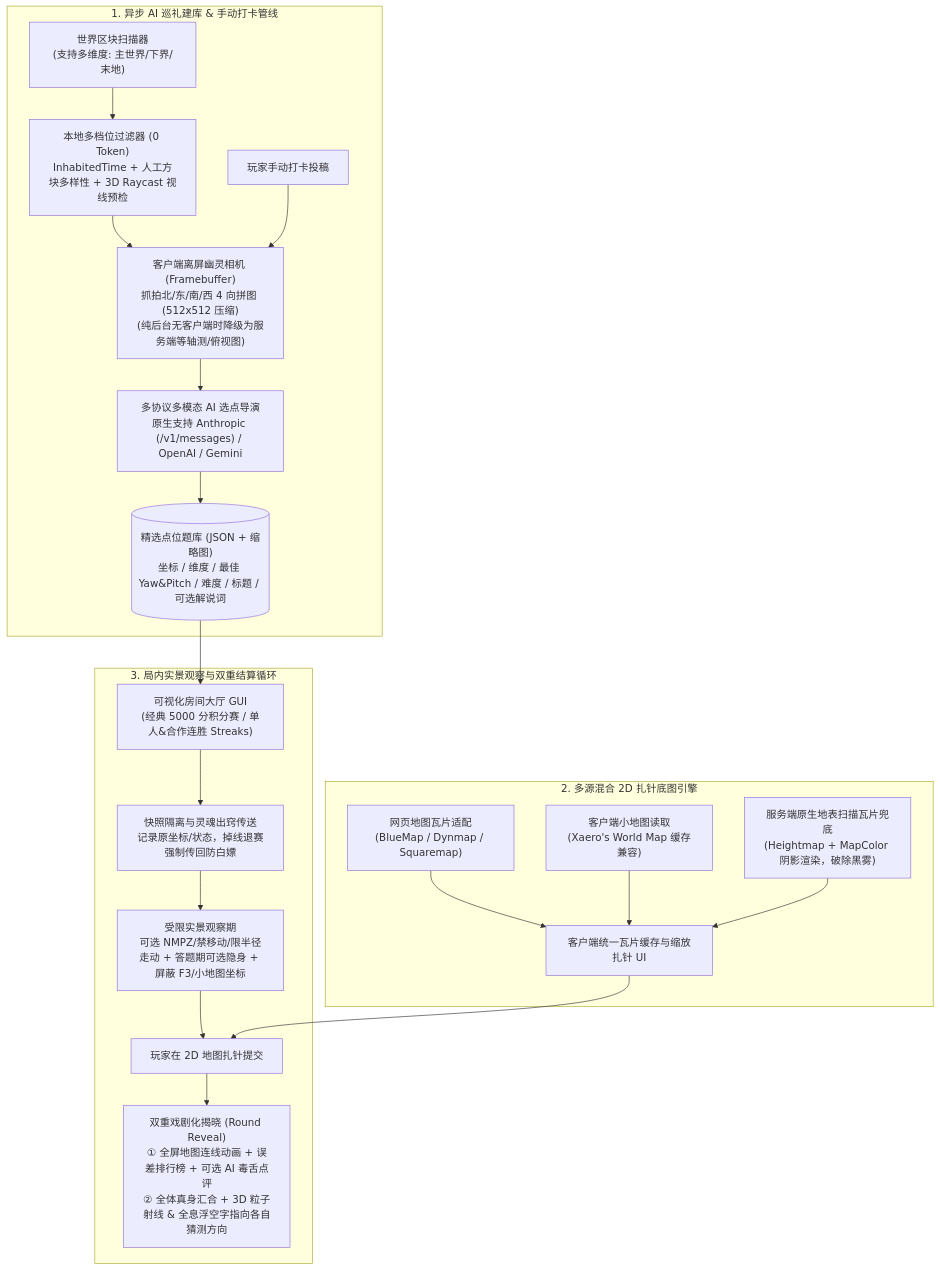
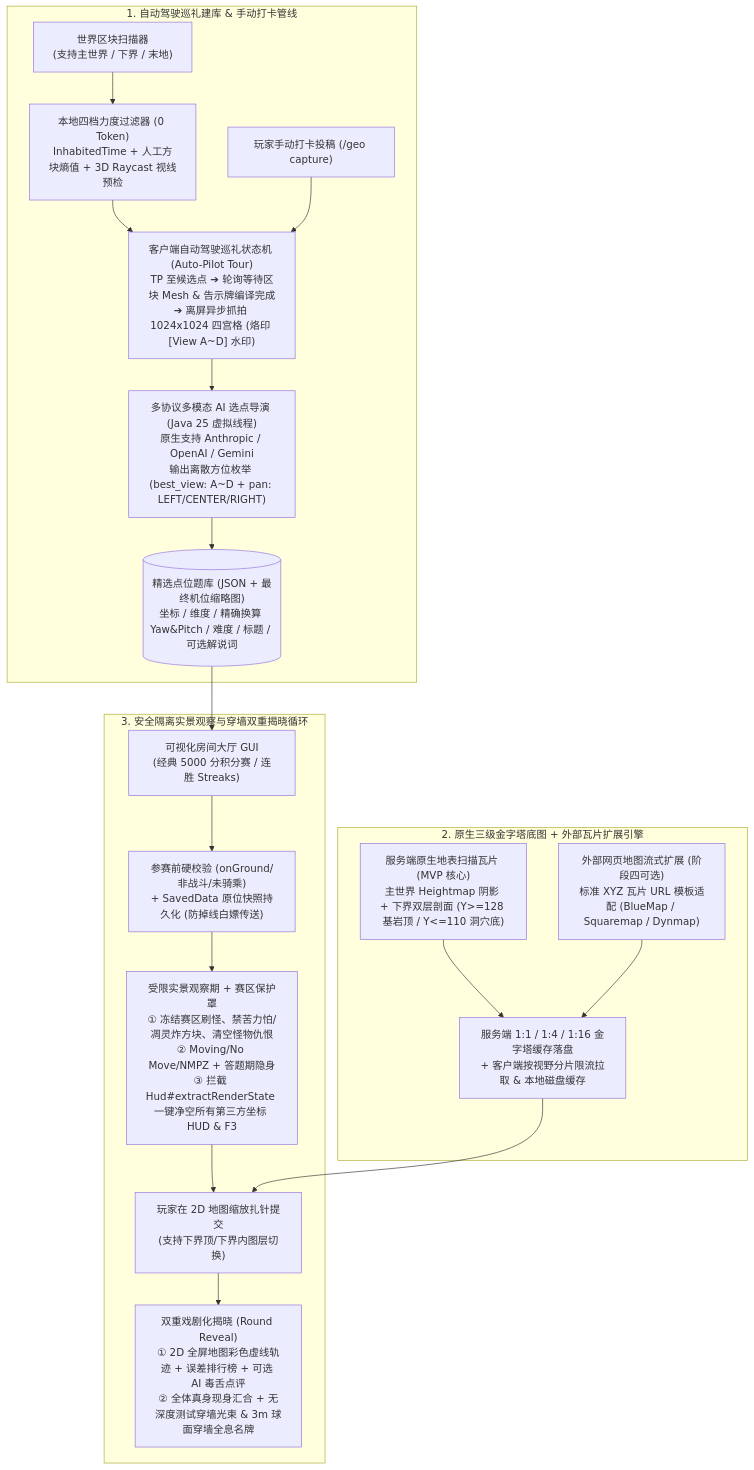
One commit to turboegg1145/craftguessr changed the diagram in PLAN.md. Above: the diagram before and after it, drawn with Mermaid. The commit also changed other lines of this file and 1 other file, not shown here.

Commit message:
docs: PLAN.md and MC_26_3_API_GUIDE.md v2.0 (pyramid tiles, autopilot capture, discrete AI schema)

````diff
--- a/PLAN.md
+++ b/PLAN.md
@@ -10,26 +11,25 @@
 ```mermaid
 flowchart TD
-    subgraph 题库生成管线 ["1. 异步 AI 巡礼建库 & 手动打卡管线"]
-        A["世界区块扫描器<br/>(支持多维度: 主世界/下界/末地)"] --> B["本地多档位过滤器 (0 Token)<br/>InhabitedTime + 人工方块多样性 + 3D Raycast 视线预检"]
-        B --> C["客户端离屏幽灵相机 (Framebuffer)<br/>抓拍北/东/南/西 4 向拼图 (512x512 压缩)<br/>(纯后台无客户端时降级为服务端等轴测/俯视图)"]
-        C --> D["多协议多模态 AI 选点导演<br/>原生支持 Anthropic (/v1/messages) / OpenAI / Gemini"]
-        D --> E[("精选点位题库 (JSON + 缩略图)<br/>坐标 / 维度 / 最佳 Yaw&Pitch / 难度 / 标题 / 可选解说词")]
-        M["玩家手动打卡投稿"] --> C
+    subgraph 题库生成管线 ["1. 自动驾驶巡礼建库 & 手动打卡管线"]
+        A["世界区块扫描器<br/>(支持主世界 / 下界 / 末地)"] --> B["本地四档力度过滤器 (0 Token)<br/>InhabitedTime + 人工方块熵值 + 3D Raycast 视线预检"]
+        B --> C["客户端自动驾驶巡礼状态机 (Auto-Pilot Tour)<br/>TP 至候选点 ➔ 轮询等待区块 Mesh & 告示牌编译完成<br/>➔ 离屏异步抓拍 1024x1024 四宫格 (烙印 [View A~D] 水印)"]
+        C --> D["多协议多模态 AI 选点导演 (Java 25 虚拟线程)<br/>原生支持 Anthropic / OpenAI / Gemini<br/>输出离散方位枚举 (best_view: A~D + pan: LEFT/CENTER/RIGHT)"]
+        D --> E[("精选点位题库 (JSON + 最终机位缩略图)<br/>坐标 / 维度 / 精确换算 Yaw&Pitch / 难度 / 标题 / 可选解说词")]
+        M["玩家手动打卡投稿 (/geo capture)"] --> C
     end
 
-    subgraph 底图引擎 ["2. 多源混合 2D 扎针底图引擎"]
-        F1["网页地图瓦片适配<br/>(BlueMap / Dynmap / Squaremap)"] --> G["客户端统一瓦片缓存与缩放扎针 UI"]
-        F2["客户端小地图读取<br/>(Xaero's World Map 缓存兼容)"] --> G
-        F3["服务端原生地表扫描瓦片兜底<br/>(Heightmap + MapColor 阴影渲染，破除黑雾)"] --> G
+    subgraph 底图引擎 ["2. 原生三级金字塔底图 + 外部瓦片扩展引擎"]
+        F1["服务端原生地表扫描瓦片 (MVP 核心)<br/>主世界 Heightmap 阴影 + 下界双层剖面 (Y>=128 基岩顶 / Y<=110 洞穴底)"] --> G["服务端 1:1 / 1:4 / 1:16 金字塔缓存落盘<br/>+ 客户端按视野分片限流拉取 & 本地磁盘缓存"]
+        F2["外部网页地图流式扩展 (阶段四可选)<br/>标准 XYZ 瓦片 URL 模板适配 (BlueMap / Squaremap / Dynmap)"] --> G
     end
 
-    subgraph 比赛循环 ["3. 局内实景观察与双重结算循环"]
-        H["可视化房间大厅 GUI<br/>(经典 5000 分积分赛 / 单人&合作连胜 Streaks)"] --> I["快照隔离与灵魂出窍传送<br/>记录原坐标/状态，掉线退赛强制传回防白嫖"]
-        I --> J["受限实景观察期<br/>可选 NMPZ/禁移动/限半径走动 + 答题期可选隐身 + 屏蔽 F3/小地图坐标"]
-        J --> K["玩家在 2D 地图扎针提交"]
-        K --> L["双重戏剧化揭晓 (Round Reveal)<br/>① 全屏地图连线动画 + 误差排行榜 + 可选 AI 毒舌点评<br/>② 全体真身汇合 + 3D 粒子射线 & 全息浮空字指向各自猜测方向"]
+    subgraph 比赛循环 ["3. 安全隔离实景观察与穿墙双重揭晓循环"]
+        H["可视化房间大厅 GUI<br/>(经典 5000 分积分赛 / 连胜 Streaks)"] --> I["参赛前硬校验 (onGround/非战斗/未骑乘)<br/>+ SavedData 原位快照持久化 (防掉线白嫖传送)"]
+        I --> J["受限实景观察期 + 赛区保护罩<br/>① 冻结赛区刷怪、禁苦力怕/凋灵炸方块、清空怪物仇恨<br/>② Moving/No Move/NMPZ + 答题期隐身<br/>③ 拦截 Hud#extractRenderState 一键净空所有第三方坐标 HUD & F3"]
+        J --> K["玩家在 2D 地图缩放扎针提交<br/>(支持下界顶/下界内图层切换)"]
+        K --> L["双重戏剧化揭晓 (Round Reveal)<br/>① 2D 全屏地图彩色虚线轨迹 + 误差排行榜 + 可选 AI 毒舌点评<br/>② 全体真身现身汇合 + 无深度测试穿墙光束 & 3m 球面穿墙全息名牌"]
     end
 
     E --> H
     G --> K
 ```
````
